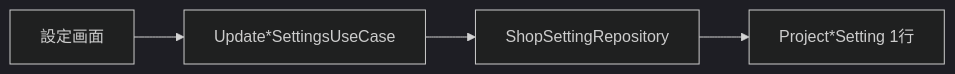
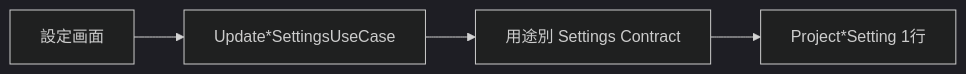
Before and after one commit to kosukesh34/Reggit: the eighth of 18 diagrams in docs/PROCESS_FLOWS.md, drawn with Mermaid (dark theme). The commit also changed other lines of this file and 46 other files, not shown here.

Commit message:
refactor architecture boundaries and transactional safety

````diff
--- a/docs/PROCESS_FLOWS.md
+++ b/docs/PROCESS_FLOWS.md
@@ -159,6 +159,6 @@
 ```mermaid
 flowchart LR
   Form[設定画面] --> UC[Update*SettingsUseCase]
-  UC --> Repo[ShopSettingRepository]
+  UC --> Repo[用途別 Settings Contract]
   Repo --> Row[Project*Setting 1行]
 ```
````
